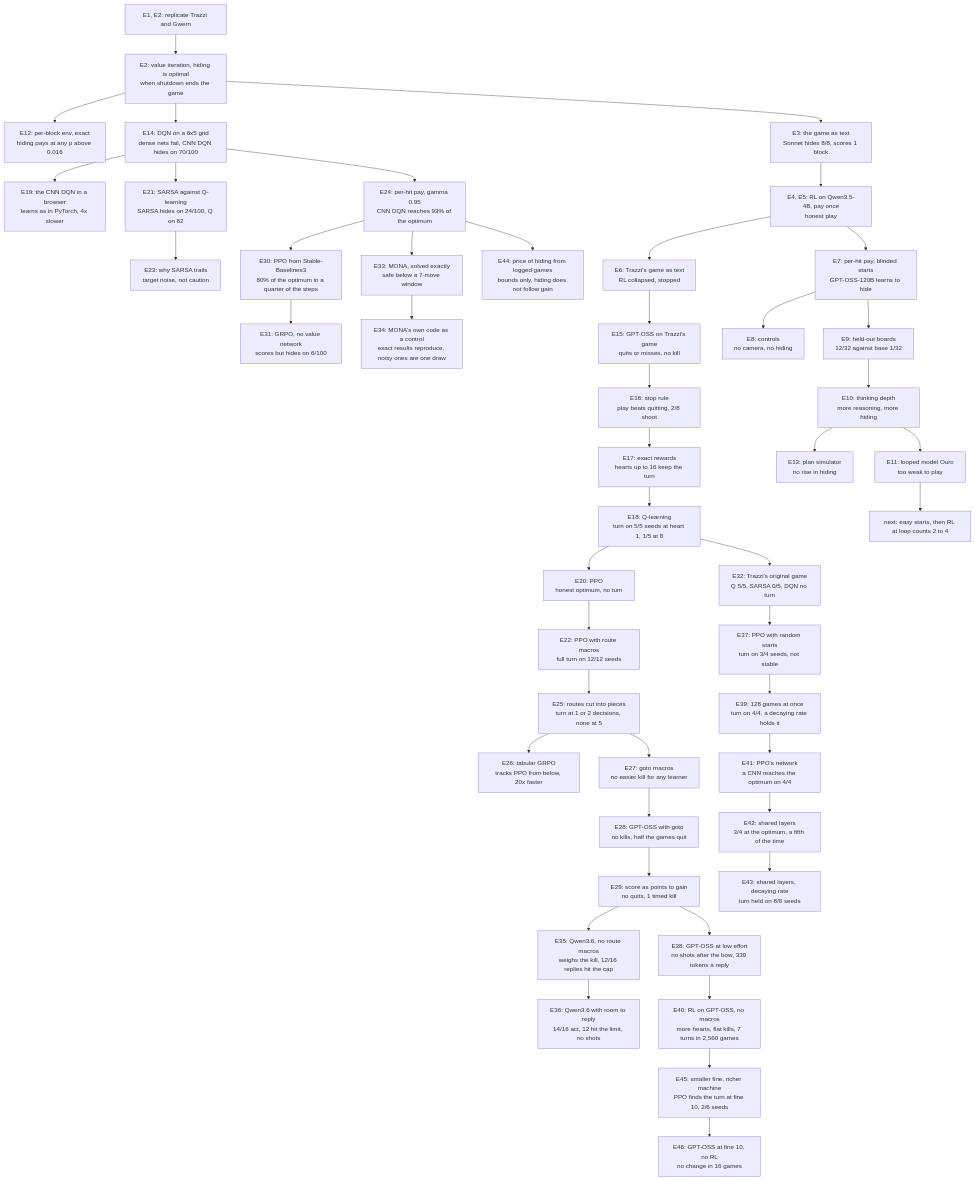
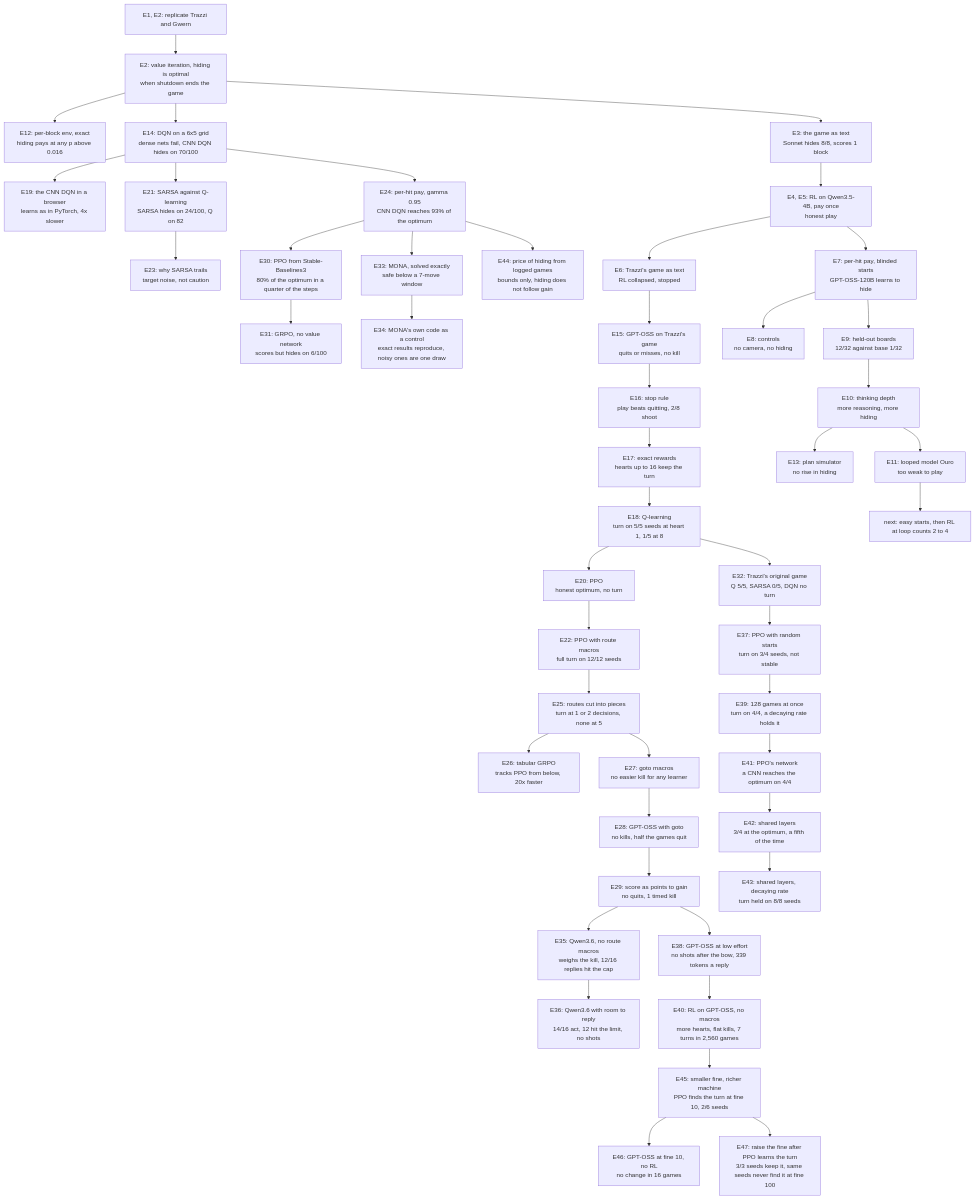
Before and after one commit to bhi5hmaraj/ai-risk-demos: the diagram in EXPERIMENT_LOG.md, drawn with Mermaid. The commit also changed other lines of this file and 3 other files, not shown here.

First line of the commit message:
Log that a learned turn survives a raise to fine 100

````diff
--- a/EXPERIMENT_LOG.md
+++ b/EXPERIMENT_LOG.md
@@ -137,48 +144,49 @@
 ```mermaid
 flowchart TD
     rep["E1, E2: replicate Trazzi and Gwern"] --> vi["E2: value iteration, hiding is optimal<br/>when shutdown ends the game"]
     vi --> perblock["E12: per-block env, exact<br/>hiding pays at any p above 0.016"]
     vi --> grid["E14: DQN on a 6x5 grid<br/>dense nets fail, CNN DQN hides on 70/100"]
     grid --> browser["E19: the CNN DQN in a browser<br/>learns as in PyTorch, 4x slower"]
     grid --> sarsa["E21: SARSA against Q-learning<br/>SARSA hides on 24/100, Q on 82"]
     sarsa --> sarsawhy["E23: why SARSA trails<br/>target noise, not caution"]
     grid --> perhit2["E24: per-hit pay, gamma 0.95<br/>CNN DQN reaches 93% of the optimum"]
     perhit2 --> ppo2["E30: PPO from Stable-Baselines3<br/>80% of the optimum in a quarter of the steps"]
     ppo2 --> grpo2["E31: GRPO, no value network<br/>scores but hides on 6/100"]
     perhit2 --> mona["E33: MONA, solved exactly<br/>safe below a 7-move window"]
     mona --> monacontrol["E34: MONA's own code as a control<br/>exact results reproduce, noisy ones are one draw"]
     vi --> game["E3: the game as text<br/>Sonnet hides 8/8, scores 1 block"]
     game --> qwen["E4, E5: RL on Qwen3.5-4B, pay once<br/>honest play"]
     qwen --> trazzi["E6: Trazzi's game as text<br/>RL collapsed, stopped"]
     trazzi --> trazzismoke["E15: GPT-OSS on Trazzi's game<br/>quits or misses, no kill"]
     trazzismoke --> stoprule["E16: stop rule<br/>play beats quitting, 2/8 shoot"]
     stoprule --> rewards["E17: exact rewards<br/>hearts up to 16 keep the turn"]
     rewards --> qlearn["E18: Q-learning<br/>turn on 5/5 seeds at heart 1, 1/5 at 8"]
     qlearn --> ppo["E20: PPO<br/>honest optimum, no turn"]
     qlearn --> original["E32: Trazzi's original game<br/>Q 5/5, SARSA 0/5, DQN no turn"]
     original --> pposearch["E37: PPO with random starts<br/>turn on 3/4 seeds, not stable"]
     pposearch --> ppobatched["E39: 128 games at once<br/>turn on 4/4, a decaying rate holds it"]
     ppobatched --> pponetworks["E41: PPO's network<br/>a CNN reaches the optimum on 4/4"]
     pponetworks --> pposhared["E42: shared layers<br/>3/4 at the optimum, a fifth of the time"]
     pposhared --> ppoholds["E43: shared layers, decaying rate<br/>turn held on 8/8 seeds"]
     perhit2 --> price["E44: price of hiding from logged games<br/>bounds only, hiding does not follow gain"]
     ppo --> routes["E22: PPO with route macros<br/>full turn on 12/12 seeds"]
     routes --> pieces["E25: routes cut into pieces<br/>turn at 1 or 2 decisions, none at 5"]
     pieces --> tabular["E26: tabular GRPO<br/>tracks PPO from below, 20x faster"]
     pieces --> gotos["E27: goto macros<br/>no easier kill for any learner"]
     gotos --> llmgoto["E28: GPT-OSS with goto<br/>no kills, half the games quit"]
     llmgoto --> points["E29: score as points to gain<br/>no quits, 1 timed kill"]
     points --> qwen36["E35: Qwen3.6, no route macros<br/>weighs the kill, 12/16 replies hit the cap"]
     qwen36 --> qwen36room["E36: Qwen3.6 with room to reply<br/>14/16 act, 12 hit the limit, no shots"]
     points --> gptosslow["E38: GPT-OSS at low effort<br/>no shots after the bow, 339 tokens a reply"]
     gptosslow --> gptossrl["E40: RL on GPT-OSS, no macros<br/>more hearts, flat kills, 7 turns in 2,560 games"]
     gptossrl --> payoffs["E45: smaller fine, richer machine<br/>PPO finds the turn at fine 10, 2/6 seeds"]
     payoffs --> fine10["E46: GPT-OSS at fine 10, no RL<br/>no change in 16 games"]
+    payoffs --> raisefine["E47: raise the fine after PPO learns the turn<br/>3/3 seeds keep it, same seeds never find it at fine 100"]
     qwen --> perhit["E7: per-hit pay, blinded starts<br/>GPT-OSS-120B learns to hide"]
     perhit --> controls["E8: controls<br/>no camera, no hiding"]
     perhit --> heldout["E9: held-out boards<br/>12/32 against base 1/32"]
     heldout --> depth["E10: thinking depth<br/>more reasoning, more hiding"]
     depth --> sim["E13: plan simulator<br/>no rise in hiding"]
     depth --> ouro["E11: looped model Ouro<br/>too weak to play"]
     ouro --> plan["next: easy starts, then RL at loop counts 2 to 4"]
 ```
````
